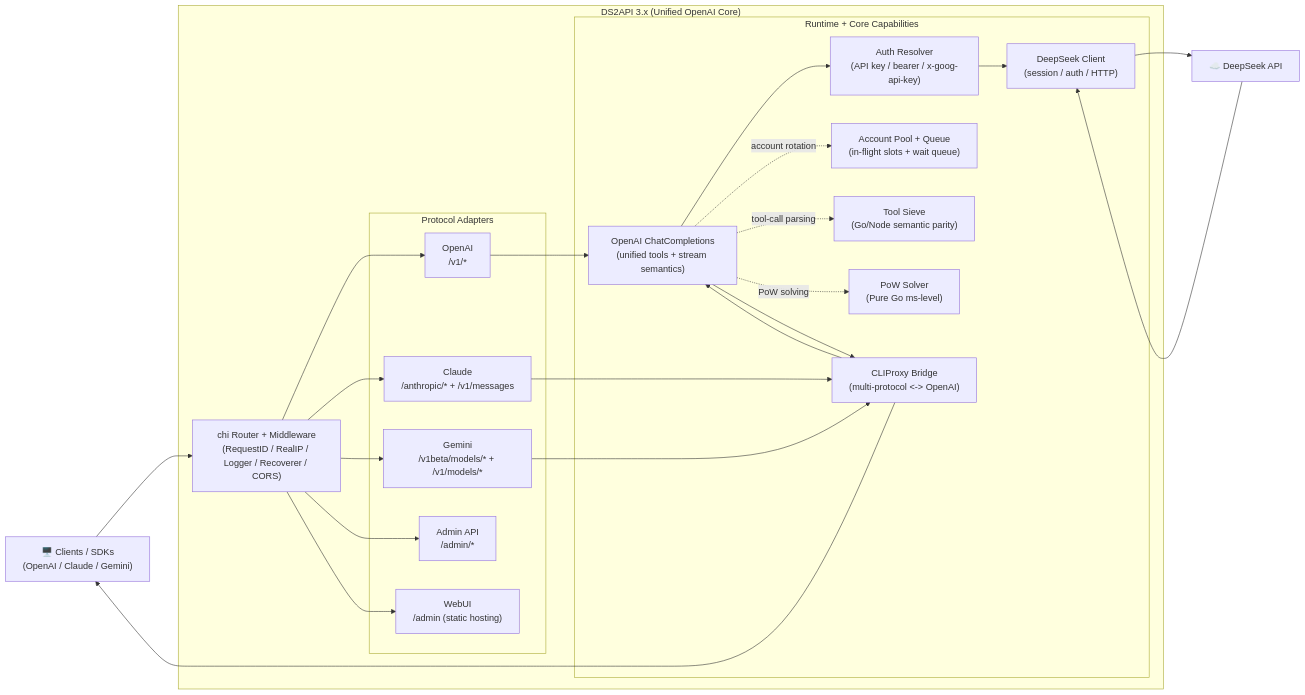
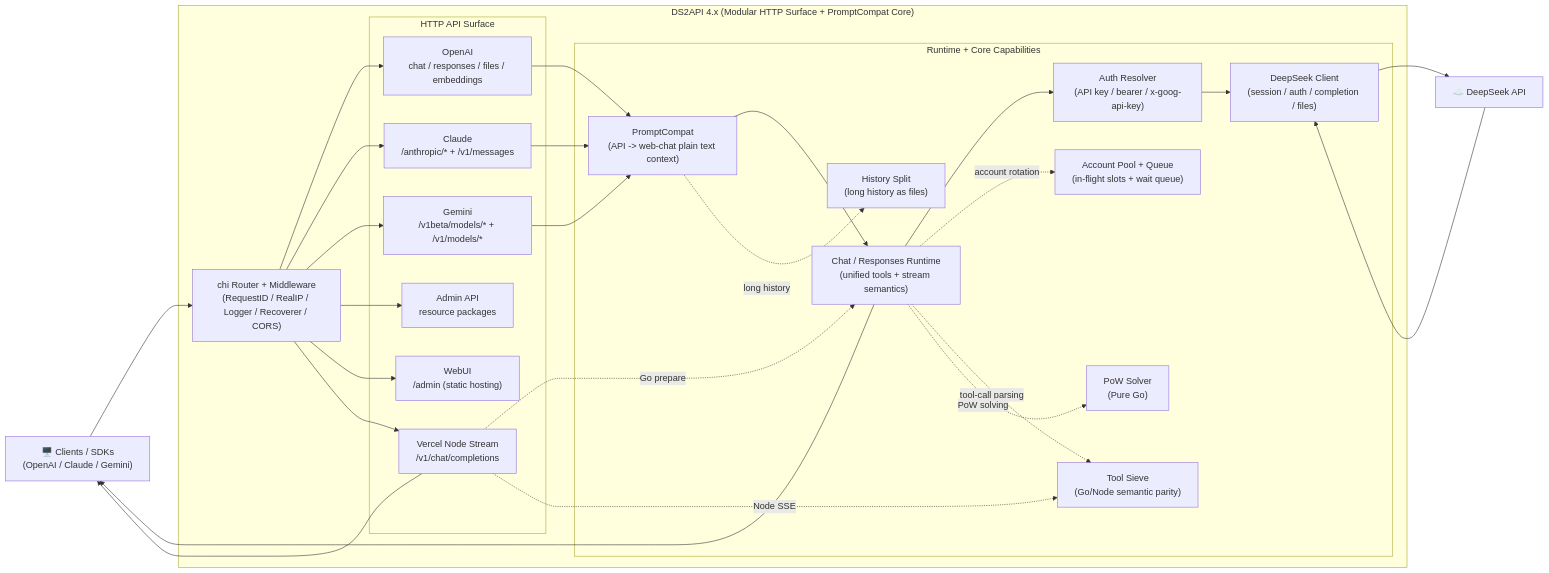
One commit to SZzyw/dsp changed the diagram in README.en.md. Above: the diagram before and after it, drawn with Mermaid. The commit also changed 4 other files, not shown here.

Commit message:
docs: update architecture diagrams for 4.x

````diff
--- a/README.en.md
+++ b/README.en.md
@@ -31,45 +31,51 @@
 ```mermaid
 flowchart LR
     Client["🖥️ Clients / SDKs\n(OpenAI / Claude / Gemini)"]
     Upstream["☁️ DeepSeek API"]
 
-    subgraph DS2API["DS2API 3.x (Unified OpenAI Core)"]
+    subgraph DS2API["DS2API 4.x (Modular HTTP Surface + PromptCompat Core)"]
         Router["chi Router + Middleware\n(RequestID / RealIP / Logger / Recoverer / CORS)"]
 
-        subgraph Adapters["Protocol Adapters"]
-            OA["OpenAI\n/v1/*"]
+        subgraph HTTP["HTTP API Surface"]
+            OA["OpenAI\nchat / responses / files / embeddings"]
             CA["Claude\n/anthropic/* + /v1/messages"]
             GA["Gemini\n/v1beta/models/* + /v1/models/*"]
-            Admin["Admin API\n/admin/*"]
+            Admin["Admin API\nresource packages"]
             WebUI["WebUI\n/admin (static hosting)"]
+            Vercel["Vercel Node Stream\n/v1/chat/completions"]
         end
 
         subgraph Runtime["Runtime + Core Capabilities"]
-            Bridge["CLIProxy Bridge\n(multi-protocol <-> OpenAI)"]
-            OAEngine["OpenAI ChatCompletions\n(unified tools + stream semantics)"]
+            Compat["PromptCompat\n(API -> web-chat plain text context)"]
+            Chat["Chat / Responses Runtime\n(unified tools + stream semantics)"]
             Auth["Auth Resolver\n(API key / bearer / x-goog-api-key)"]
             Pool["Account Pool + Queue\n(in-flight slots + wait queue)"]
-            DSClient["DeepSeek Client\n(session / auth / HTTP)"]
-            Pow["PoW Solver\n(Pure Go ms-level)"]
+            DSClient["DeepSeek Client\n(session / auth / completion / files)"]
+            Pow["PoW Solver\n(Pure Go)"]
             Tool["Tool Sieve\n(Go/Node semantic parity)"]
+            History["History Split\n(long history as files)"]
         end
     end
 
     Client --> Router
     Router --> OA & CA & GA
     Router --> Admin
     Router --> WebUI
+    Router --> Vercel
 
-    OA --> OAEngine
-    CA & GA --> Bridge
-    Bridge --> OAEngine
-    OAEngine --> Auth
-    OAEngine -.account rotation.-> Pool
-    OAEngine -.tool-call parsing.-> Tool
-    OAEngine -.PoW solving.-> Pow
+    OA --> Compat
+    CA & GA --> Compat
+    Compat --> Chat
+    Compat -.long history.-> History
+    Vercel -.Go prepare.-> Chat
+    Vercel -.Node SSE.-> Tool
+    Chat --> Auth
+    Chat -.account rotation.-> Pool
+    Chat -.tool-call parsing.-> Tool
+    Chat -.PoW solving.-> Pow
     Auth --> DSClient
     DSClient --> Upstream
     Upstream --> DSClient
-    OAEngine --> Bridge
-    Bridge --> Client
+    Chat --> Client
+    Vercel --> Client
 ```
````
